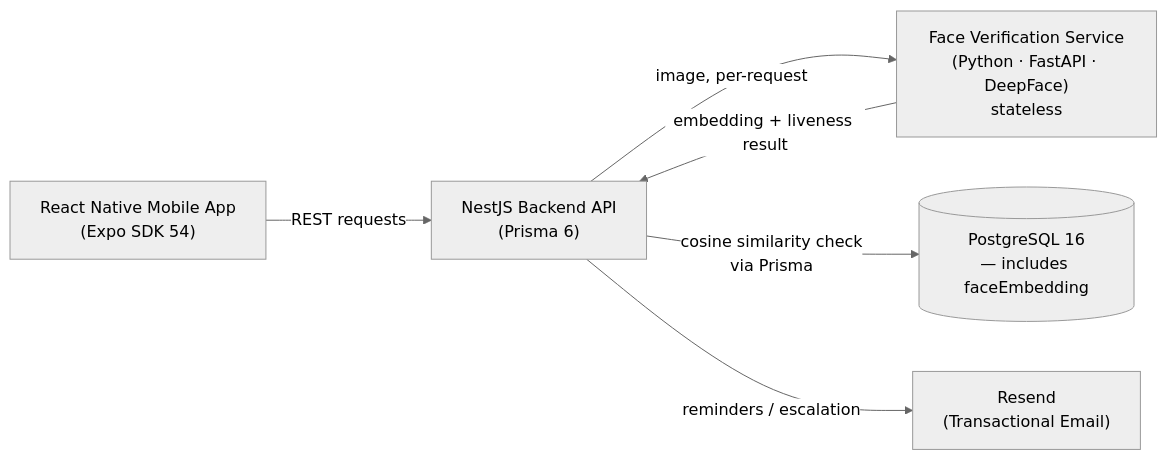
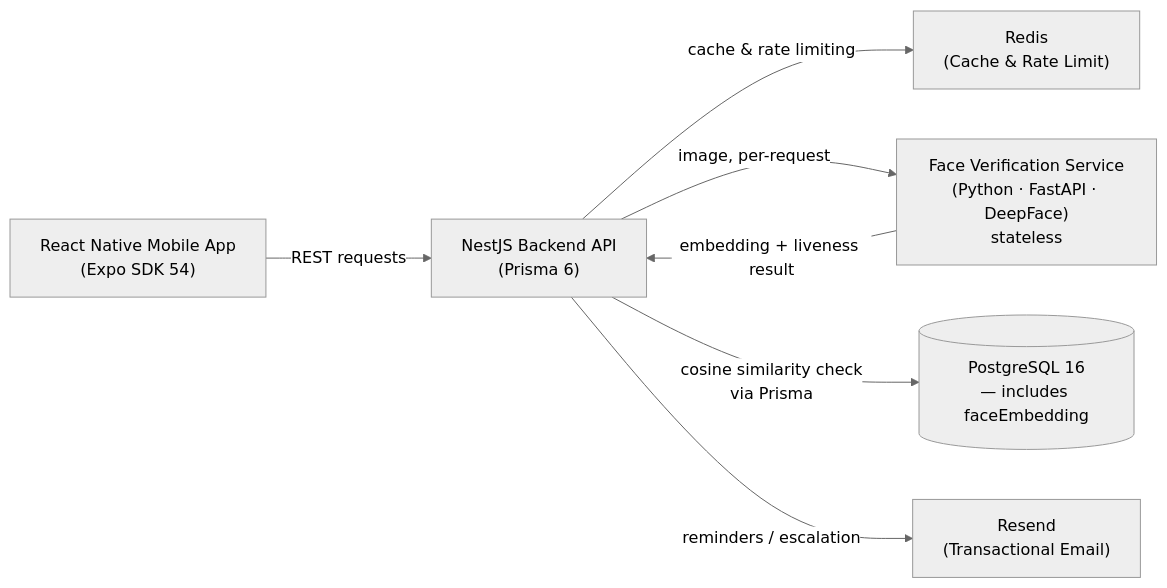
One commit to danisetiawan31/absensi-karyawan-outsourcing changed the first of 2 diagrams in readme.md. Above: the diagram before and after it, drawn with Mermaid (neutral theme). The commit also changed other lines of this file, not shown here.

Commit message:
docs: update README with 621 passing tests, feature-complete mobile status, and Redis architecture

````diff
--- a/readme.md
+++ b/readme.md
@@ -87,14 +88,16 @@
 ```mermaid
 flowchart LR
     Mobile["React Native Mobile App\n(Expo SDK 54)"]
     Backend["NestJS Backend API\n(Prisma 6)"]
+    Redis["Redis\n(Cache & Rate Limit)"]
     Face["Face Verification Service\n(Python · FastAPI · DeepFace)\nstateless"]
     DB[("PostgreSQL 16\n— includes faceEmbedding")]
     Email["Resend\n(Transactional Email)"]
 
     Mobile -->|REST requests| Backend
+    Backend -->|cache & rate limiting| Redis
     Backend -->|image, per-request| Face
     Face -->|embedding + liveness result| Backend
     Backend -->|cosine similarity check\nvia Prisma| DB
     Backend -->|reminders / escalation| Email
 ```
````
